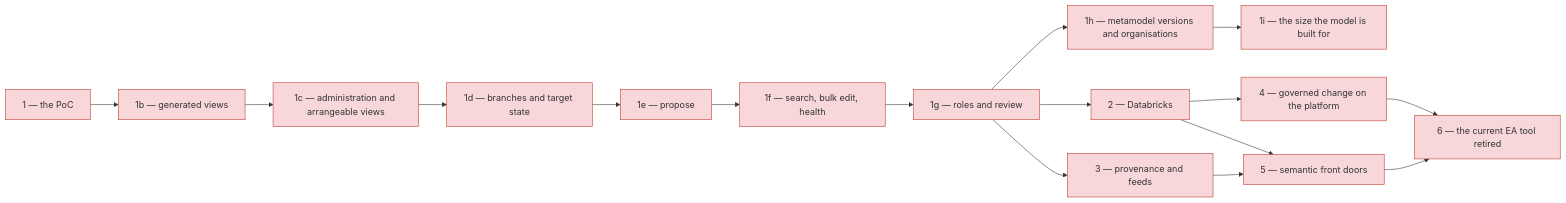
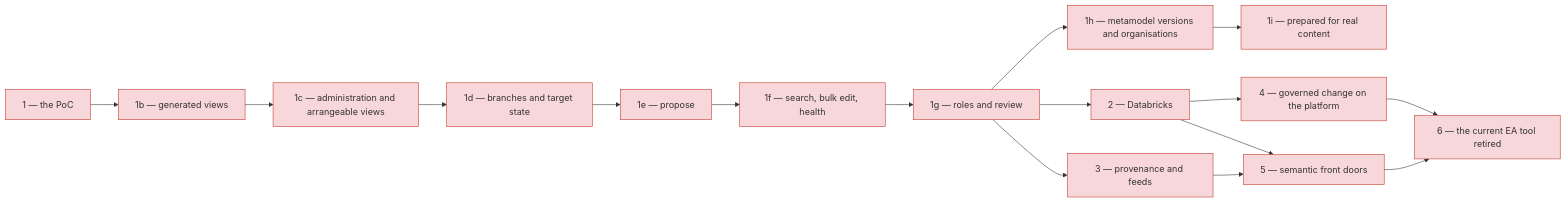
One commit to roanboc/dbx-enterprise-architecture changed the second of 3 diagrams in architecture/6_transition/2_sequence.md. Above: the diagram before and after it, drawn with Mermaid. The commit also changed other lines of this file and 39 other files, not shown here.

````diff
--- a/architecture/6_transition/2_sequence.md
+++ b/architecture/6_transition/2_sequence.md
@@ -22,27 +22,27 @@
 ```mermaid
 flowchart LR
   s1["1 — the PoC"]:::implementation
   s1b["1b — generated views"]:::implementation
   s1c["1c — administration and arrangeable views"]:::implementation
   s1d["1d — branches and target state"]:::implementation
   s1e["1e — propose"]:::implementation
   s1f["1f — search, bulk edit, health"]:::implementation
   s1g["1g — roles and review"]:::implementation
   s1h["1h — metamodel versions and organisations"]:::implementation
-  s1i["1i — the size the model is built for"]:::implementation
+  s1i["1i — prepared for real content"]:::implementation
   s2["2 — Databricks"]:::implementation
   s3["3 — provenance and feeds"]:::implementation
   s4["4 — governed change on the platform"]:::implementation
   s5["5 — semantic front doors"]:::implementation
   s6["6 — the current EA tool retired"]:::implementation
   s1 --> s1b --> s1c --> s1d --> s1e --> s1f --> s1g --> s1h --> s1i
   s1g --> s2
   s1g --> s3
   s2 --> s4
   s2 --> s5
   s3 --> s5
   s4 --> s6
   s5 --> s6
 
   classDef implementation fill:#f8d7da,stroke:#c0392b,color:#333
 ```
````
